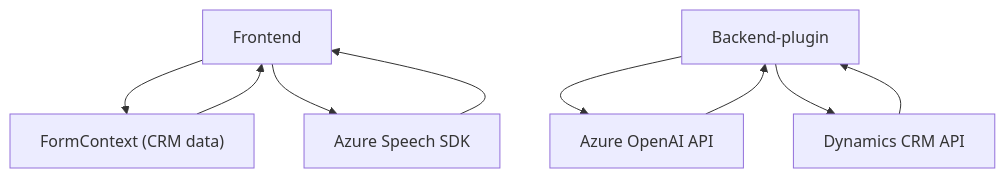
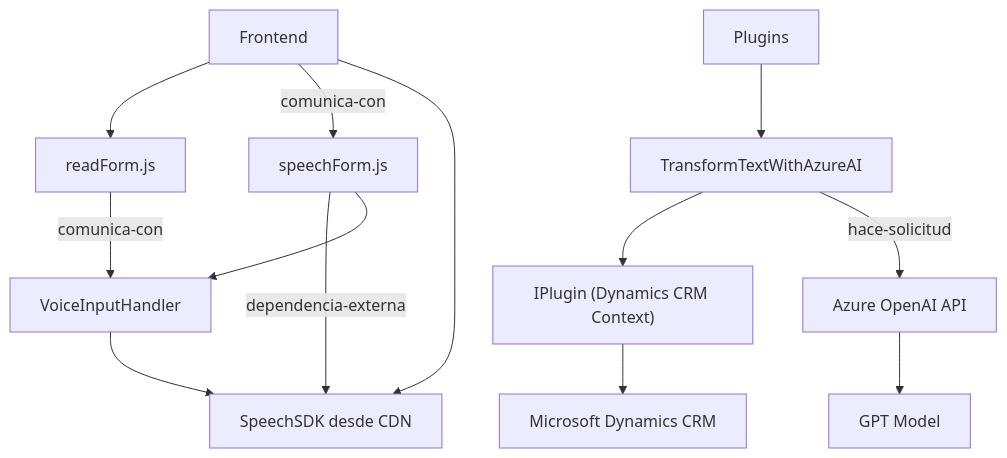
One commit to blopezdm/NETCORE_BILBAO2025 changed the diagram in README.md. Above: the diagram before and after it, drawn with Mermaid. The commit also changed other lines of this file, not shown here.

Commit message:
Actualizar análisis global de la solución con IA

````diff
--- a/README.md
+++ b/README.md
@@ -36,18 +44,18 @@
 ```mermaid
 graph TD
-  A["Frontend"]
-  B["Backend-plugin"]
-  C["FormContext (CRM data)"]
-  D["Azure Speech SDK"]
-  E["Azure OpenAI API"]
-  F["Dynamics CRM API"]
-  
-  A --> C
-  A --> D
-  B --> E
-  B --> F
-  D --> A
-  C --> A
-  E --> B
-  F --> B
+    A["Frontend"] --> B["readForm.js"]
+    A -- comunica-con --> C["speechForm.js"]
+    C -- dependencia-externa --> D["SpeechSDK desde CDN"]
+    A --> D
+
+    E["Plugins"] --> F["TransformTextWithAzureAI"]
+    F --> G["IPlugin (Dynamics CRM Context)"]
+    F -- hace-solicitud --> H["Azure OpenAI API"]
+    H --> I["GPT Model"]
+
+    B -- comunica-con --> J["VoiceInputHandler"]
+    C --> J
+    J --> D
+
+    G --> K["Microsoft Dynamics CRM"]
 ```
````
